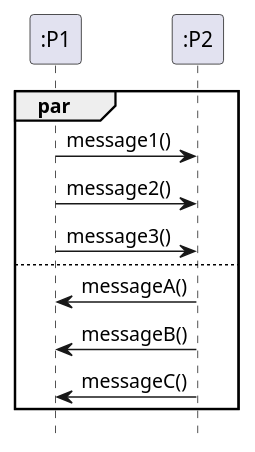
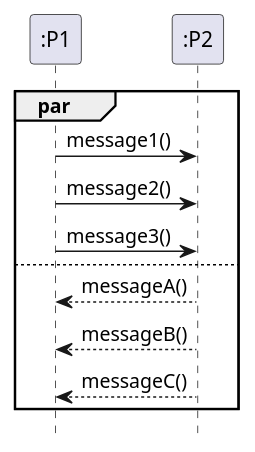
Before and after one commit to gigl-uml/Guide_uml_polymtl: the diagram in plant_uml/parOperatorExample.plantuml, drawn with PlantUML. The commit also changed 20 other files, not shown here.

Commit message:
modified plantUML diagrams

```diff
--- a/plant_uml/parOperatorExample.plantuml
+++ b/plant_uml/parOperatorExample.plantuml
@@ -1,18 +1,18 @@
 @startuml
 hide footbox
 skinparam backgroundcolor transparent
 participant ":P1" as P1
 participant ":P2" as P2
 
 
 par 
   P1 -> P2 : message1()
   P1 -> P2 : message2()
   P1 -> P2 : message3()
 else
-  P1 <- P2 : messageA()
-  P1 <- P2 : messageB()
-  P1 <- P2 : messageC()
+  P1 <-- P2 : messageA()
+  P1 <-- P2 : messageB()
+  P1 <-- P2 : messageC()
 end par
 
 @enduml
```
